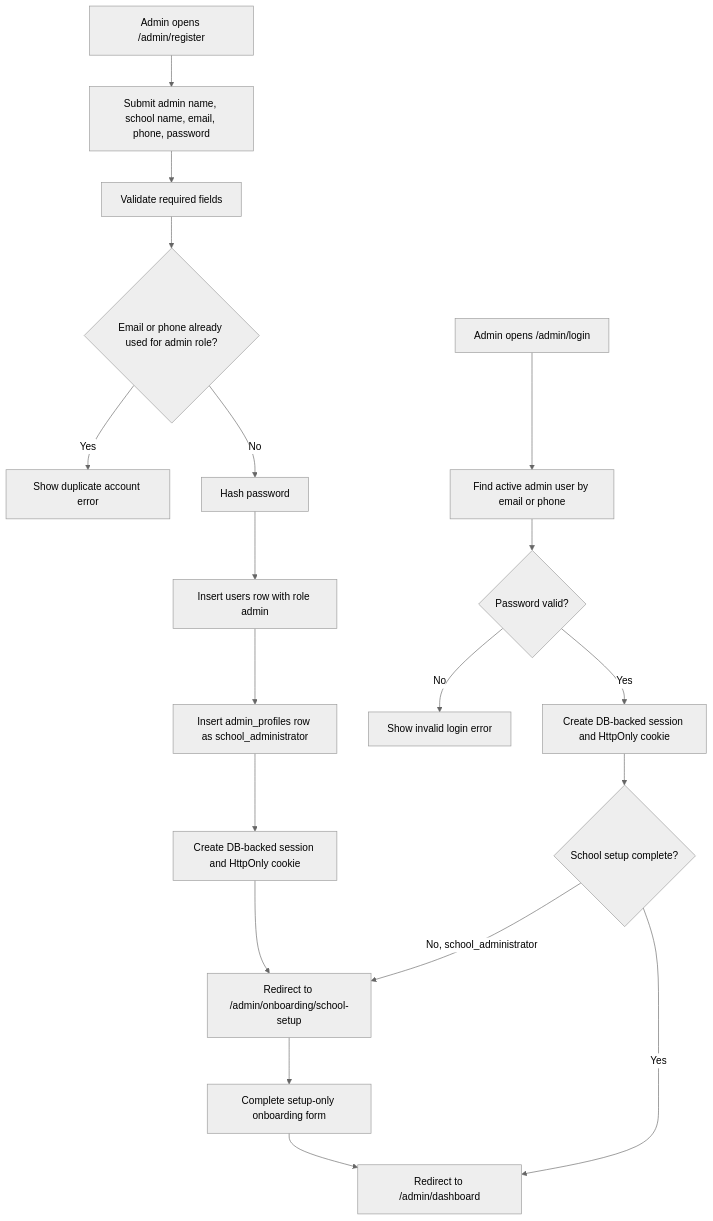
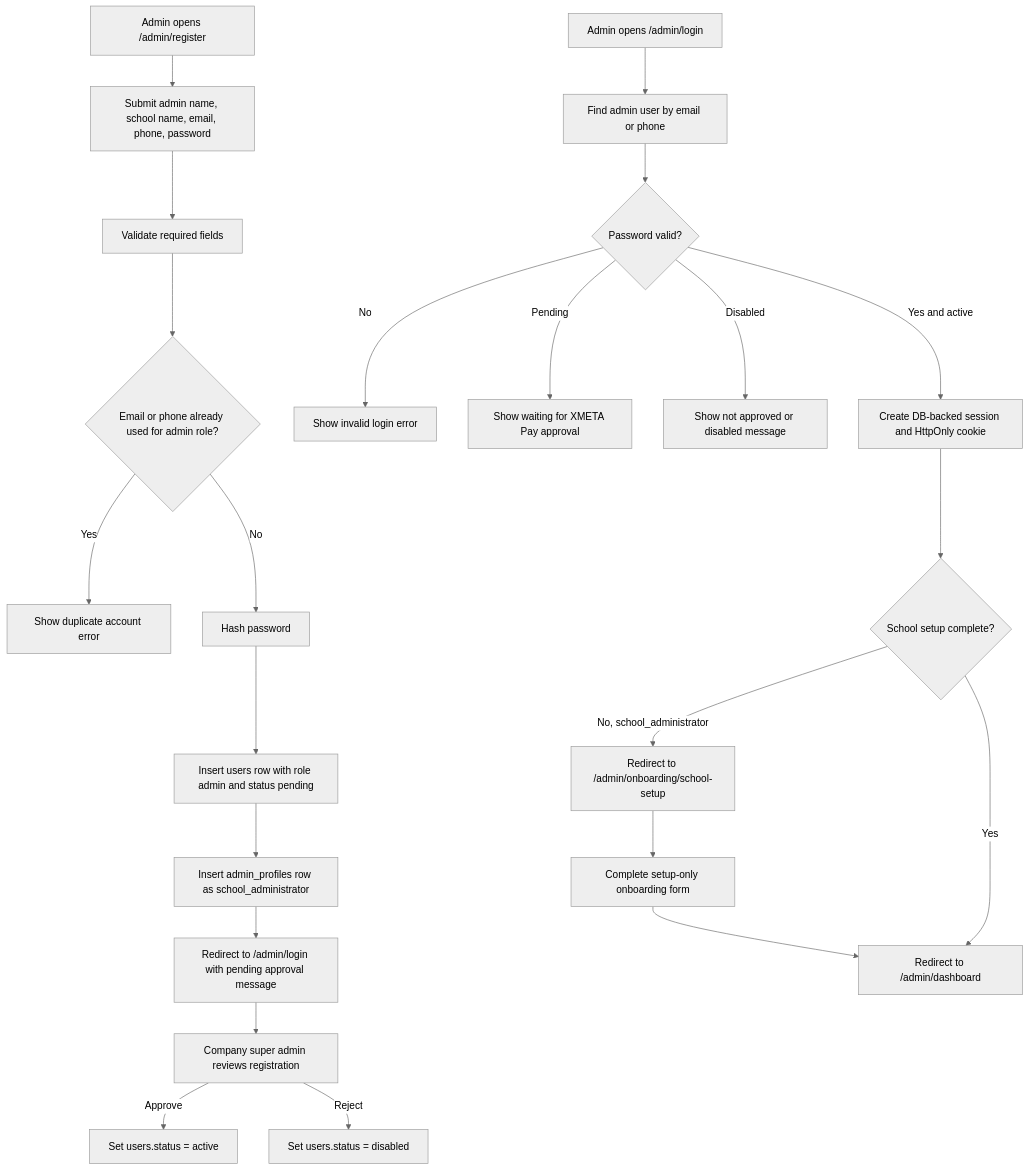
The fourth of 21 diagrams in docs/PROJECT_FLOWCHARTS.md (Xeyn19/xmetapay), drawn with Mermaid (neutral theme) before and after one commit. The commit also changed other lines of this file and 14 other files, not shown here.

````diff
--- a/docs/PROJECT_FLOWCHARTS.md
+++ b/docs/PROJECT_FLOWCHARTS.md
@@ -155,22 +164,26 @@
 ```mermaid
 flowchart TD
   A["Admin opens /admin/register"] --> B["Submit admin name, school name, email, phone, password"]
   B --> C["Validate required fields"]
   C --> D{"Email or phone already used for admin role?"}
   D -->|Yes| E["Show duplicate account error"]
   D -->|No| F["Hash password"]
-  F --> G["Insert users row with role admin"]
+  F --> G["Insert users row with role admin and status pending"]
   G --> H["Insert admin_profiles row as school_administrator"]
-  H --> I["Create DB-backed session and HttpOnly cookie"]
-  I --> J["Redirect to /admin/onboarding/school-setup"]
-  J --> K["Complete setup-only onboarding form"]
-  K --> L["Redirect to /admin/dashboard"]
+  H --> I["Redirect to /admin/login with pending approval message"]
+  I --> J["Company super admin reviews registration"]
+  J -->|Approve| K["Set users.status = active"]
+  J -->|Reject| L["Set users.status = disabled"]
 
-  M["Admin opens /admin/login"] --> N["Find active admin user by email or phone"]
+  M["Admin opens /admin/login"] --> N["Find admin user by email or phone"]
   N --> O{"Password valid?"}
   O -->|No| P["Show invalid login error"]
-  O -->|Yes| Q["Create DB-backed session and HttpOnly cookie"]
+  O -->|Pending| P2["Show waiting for XMETA Pay approval"]
+  O -->|Disabled| P3["Show not approved or disabled message"]
+  O -->|Yes and active| Q["Create DB-backed session and HttpOnly cookie"]
   Q --> R{"School setup complete?"}
-  R -->|No, school_administrator| J
-  R -->|Yes| L
+  R -->|No, school_administrator| S["Redirect to /admin/onboarding/school-setup"]
+  S --> T["Complete setup-only onboarding form"]
+  T --> U["Redirect to /admin/dashboard"]
+  R -->|Yes| U
 ```
````
